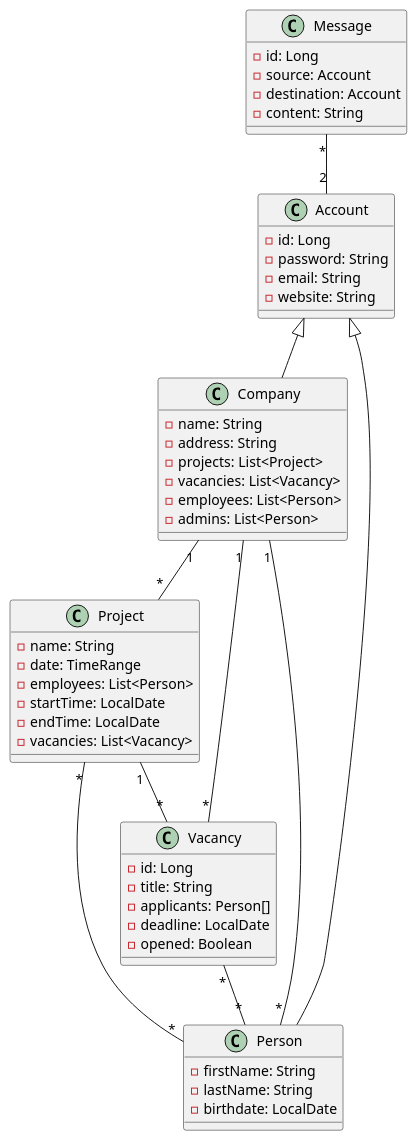
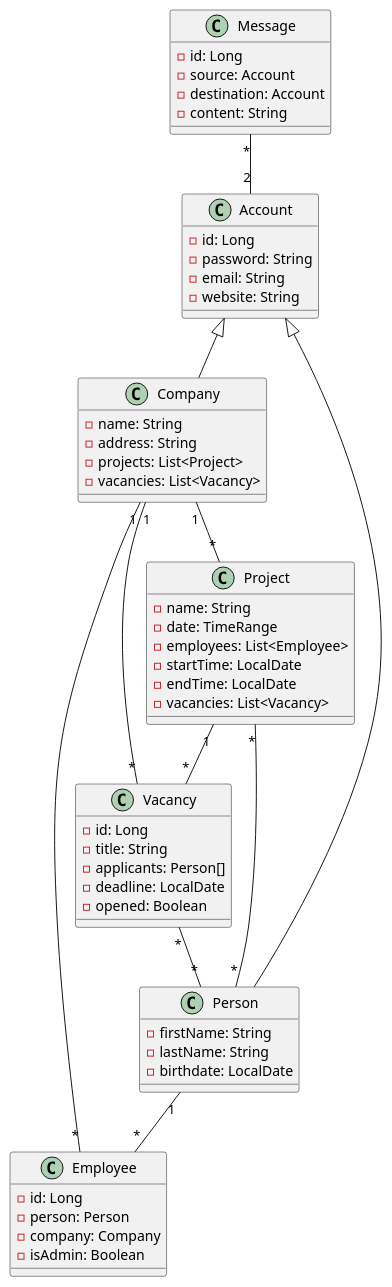
Before and after one commit to DirectorsView/documentation: the diagram in cld/cld.puml, drawn with PlantUML.

Commit message:
add association table

```diff
--- a/cld/cld.puml
+++ b/cld/cld.puml
@@ -1,58 +1,64 @@
 @startuml
 
 class Account {
 - id: Long
 - password: String
 - email: String
 - website: String
 }
 
 class Company {
 - name: String
 - address: String
 - projects: List<Project>
 - vacancies: List<Vacancy>
-- employees: List<Person>
-- admins: List<Person>
 }
 
 class Project {
 - name: String
 - date: TimeRange
-- employees: List<Person>
+- employees: List<Employee>
 - startTime: LocalDate
 - endTime: LocalDate
 - vacancies: List<Vacancy>
 }
 
 class Person {
 - firstName: String
 - lastName: String
 - birthdate: LocalDate
 }
 
 class Vacancy {
 - id: Long
 - title: String
 - applicants: Person[]
 - deadline: LocalDate
 - opened: Boolean
 }
 
 class Message {
 - id: Long
 - source: Account
 - destination: Account
 - content: String
 }
 
+class Employee {
+- id: Long
+- person: Person
+- company: Company
+- isAdmin: Boolean
+}
+
 Account <|-- Company
 Account <|-- Person
 Company "1" -- "*" Project
 Company "1" -- "*" Vacancy
 Vacancy "*" -- "*"Person
 Message "*" -- "2" Account
 Project "*" -- "*" Person
 Project "1" -- "*" Vacancy
-Person "*" -- "1" Company
+Employee "*" -- "1" Company
+Person "1" -- "*" Employee
 @enduml
```
